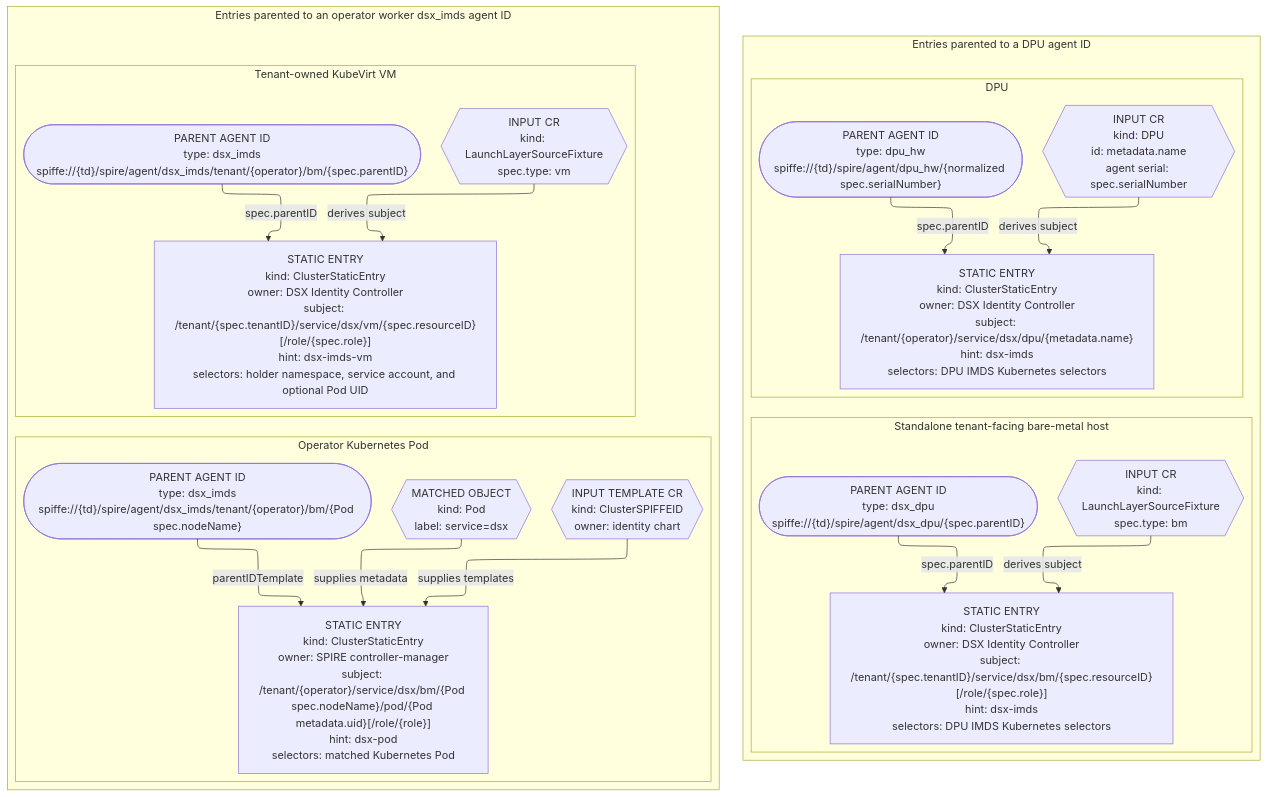
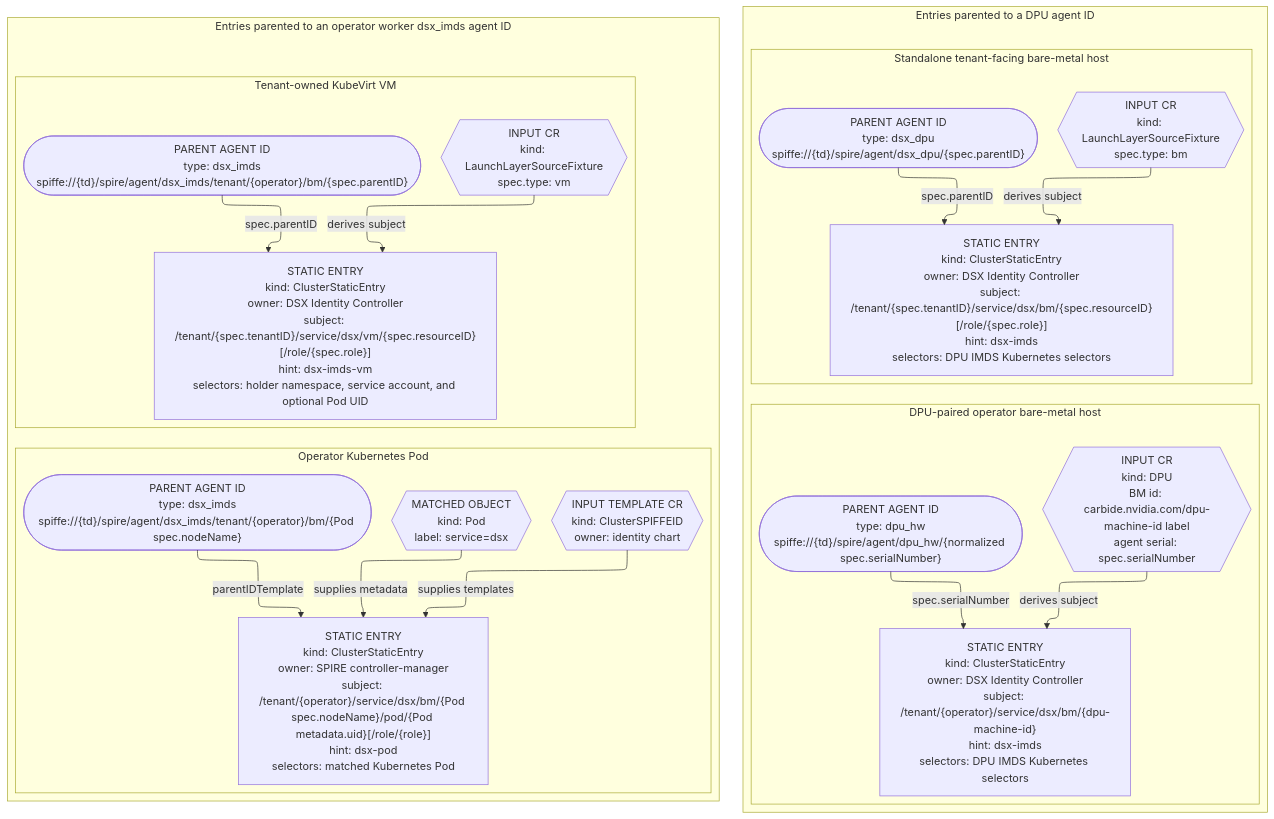
The third of 7 diagrams in README.md (dsx-ai-factory/nvidia-workload-identity), drawn with Mermaid before and after one commit. The commit also changed other lines of this file and 6 other files, not shown here.

Commit message:
fix(VMAAS-1586): issue paired BM identity from DPU IMDS

````diff
--- a/README.md
+++ b/README.md
@@ -248,50 +248,50 @@
 ```mermaid
 %%{init: {"flowchart": {"defaultRenderer": "elk"}, "elk": {"nodePlacementStrategy": "SIMPLE"}}}%%
 flowchart TB
 
   subgraph DPUParented["Entries parented to a DPU agent ID"]
     direction LR
 
-    subgraph DPULane["DPU"]
+    subgraph DPULane["DPU-paired operator bare-metal host"]
       direction TB
-      DPUCR{{"INPUT CR<br/>kind: DPU<br/>id: metadata.name<br/>agent serial: spec.serialNumber"}}
+      DPUCR{{"INPUT CR<br/>kind: DPU<br/>BM id: carbide.nvidia.com/dpu-machine-id label<br/>agent serial: spec.serialNumber"}}
       DPUParent(["PARENT AGENT ID<br/>type: dpu_hw<br/>spiffe://{td}/spire/agent/dpu_hw/{normalized spec.serialNumber}"])
-      DPUEntry["STATIC ENTRY<br/>kind: ClusterStaticEntry<br/>owner: DSX Identity Controller<br/>subject: /tenant/{operator}/service/dsx/dpu/{metadata.name}<br/>hint: dsx-imds<br/>selectors: DPU IMDS Kubernetes selectors"]
+      DPUEntry["STATIC ENTRY<br/>kind: ClusterStaticEntry<br/>owner: DSX Identity Controller<br/>subject: /tenant/{operator}/service/dsx/bm/{dpu-machine-id}<br/>hint: dsx-imds<br/>selectors: DPU IMDS Kubernetes selectors"]
       DPUCR -->|"derives subject"| DPUEntry
-      DPUParent -->|"spec.parentID"| DPUEntry
+      DPUParent -->|"spec.serialNumber"| DPUEntry
     end
 
     subgraph HostLane["Standalone tenant-facing bare-metal host"]
       direction TB
       HostSource{{"INPUT CR<br/>kind: LaunchLayerSourceFixture<br/>spec.type: bm"}}
       HostParent(["PARENT AGENT ID<br/>type: dsx_dpu<br/>spiffe://{td}/spire/agent/dsx_dpu/{spec.parentID}"])
       HostEntry["STATIC ENTRY<br/>kind: ClusterStaticEntry<br/>owner: DSX Identity Controller<br/>subject: /tenant/{spec.tenantID}/service/dsx/bm/{spec.resourceID}[/role/{spec.role}]<br/>hint: dsx-imds<br/>selectors: DPU IMDS Kubernetes selectors"]
       HostSource -->|"derives subject"| HostEntry
       HostParent -->|"spec.parentID"| HostEntry
     end
   end
 
   subgraph HostParented["Entries parented to an operator worker dsx_imds agent ID"]
     direction LR
 
     subgraph PodLane["Operator Kubernetes Pod"]
       direction TB
       PodTemplate{{"INPUT TEMPLATE CR<br/>kind: ClusterSPIFFEID<br/>owner: identity chart"}}
       PodObject{{"MATCHED OBJECT<br/>kind: Pod<br/>label: service=dsx"}}
       PodParent(["PARENT AGENT ID<br/>type: dsx_imds<br/>spiffe://{td}/spire/agent/dsx_imds/tenant/{operator}/bm/{Pod spec.nodeName}"])
       PodEntry["STATIC ENTRY<br/>kind: ClusterStaticEntry<br/>owner: SPIRE controller-manager<br/>subject: /tenant/{operator}/service/dsx/bm/{Pod spec.nodeName}/pod/{Pod metadata.uid}[/role/{role}]<br/>hint: dsx-pod<br/>selectors: matched Kubernetes Pod"]
       PodTemplate -->|"supplies templates"| PodEntry
       PodObject -->|"supplies metadata"| PodEntry
       PodParent -->|"parentIDTemplate"| PodEntry
     end
 
     subgraph VMLane["Tenant-owned KubeVirt VM"]
       direction TB
       VMSource{{"INPUT CR<br/>kind: LaunchLayerSourceFixture<br/>spec.type: vm"}}
       VMParent(["PARENT AGENT ID<br/>type: dsx_imds<br/>spiffe://{td}/spire/agent/dsx_imds/tenant/{operator}/bm/{spec.parentID}"])
       VMEntry["STATIC ENTRY<br/>kind: ClusterStaticEntry<br/>owner: DSX Identity Controller<br/>subject: /tenant/{spec.tenantID}/service/dsx/vm/{spec.resourceID}[/role/{spec.role}]<br/>hint: dsx-imds-vm<br/>selectors: holder namespace, service account, and optional Pod UID"]
       VMSource -->|"derives subject"| VMEntry
       VMParent -->|"spec.parentID"| VMEntry
     end
   end
 ```
````
